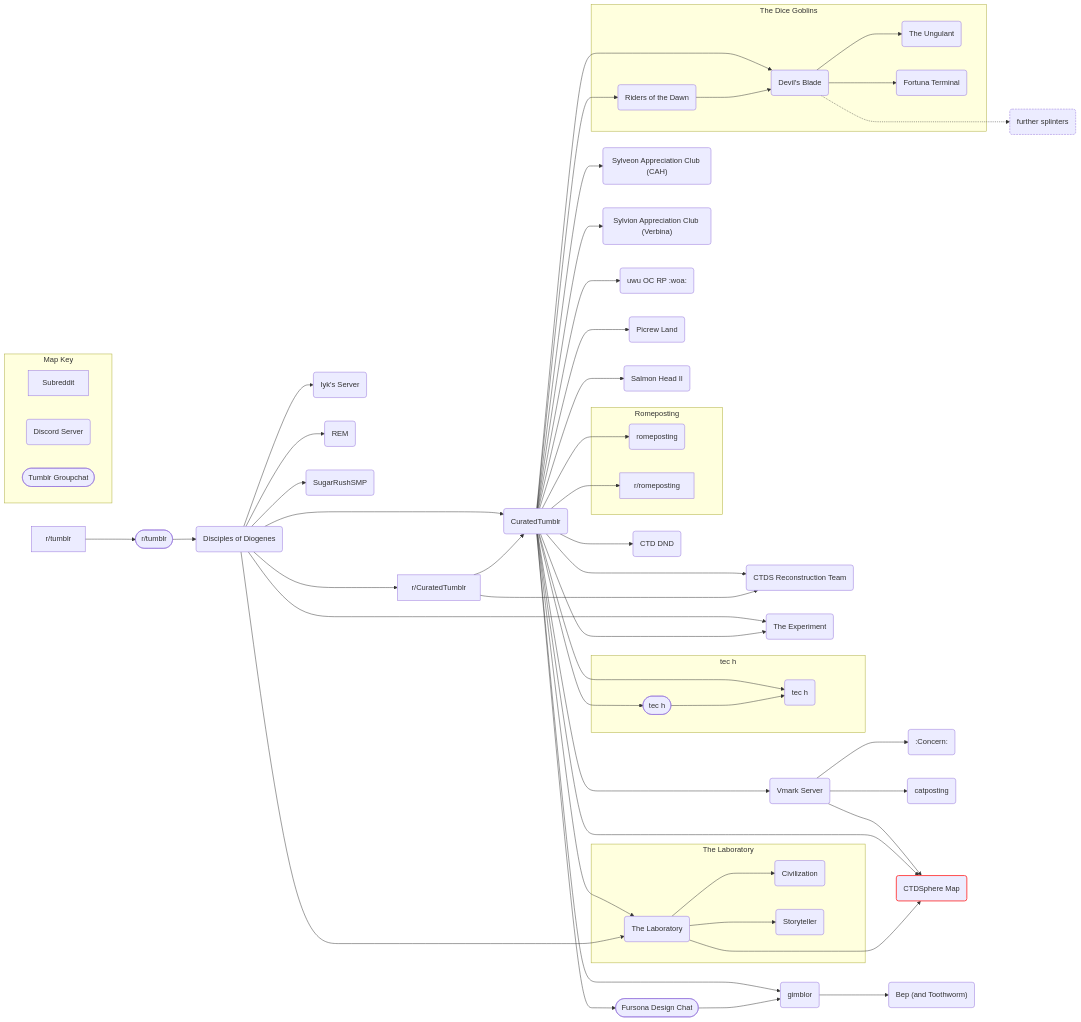
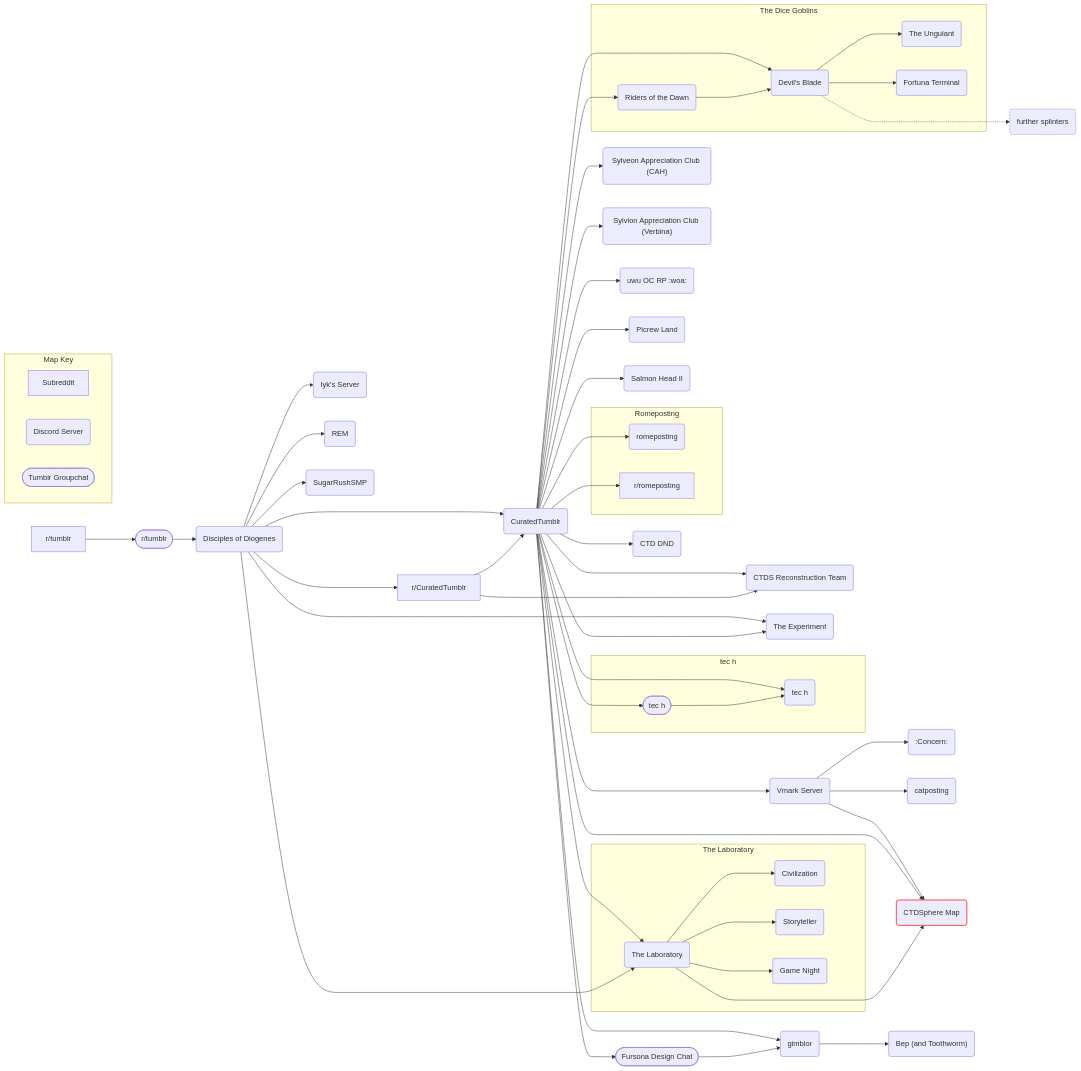
One commit to AnGenericAccount/CTDSphere-Map changed the diagram in Map.md. Above: the diagram before and after it, drawn with Mermaid.

````diff
--- a/Map.md
+++ b/Map.md
@@ -1,64 +1,65 @@
 ```mermaid
 flowchart LR
     tumblr[r/tumblr]-->groupchat([r/tumblr])
     groupchat-->DoD(Disciples of Diogenes)
     DoD--->subreddit[r/CuratedTumblr]
     DoD-->CTDS(CuratedTumblr)
     subreddit-->CTDS
     DoD-->Iyk(Iyk's Server)
     DoD-->REM(REM)
     DoD-->Sugar(SugarRushSMP)
     CTDS--->reconstruction(CTDS Reconstruction Team)
     subreddit-->reconstruction
     CTDS-->lab(The Laboratory)
     DoD-->lab
     subgraph Laboratory [The Laboratory]
         lab-->Civilization(Civilization)
         lab-->Storyteller(Storyteller)
+        lab-->Game(Game Night)
     end
     DoD-->Experiment(The Experiment)
     CTDS--->Experiment
     CTDS-->CAH("Sylveon Appreciation Club (CAH)")
     CTDS-->Verbina("Sylvion Appreciation Club (Verbina)")
     CTDS-->tech(tec h)
     CTDS-->techchat([tec h])
     subgraph tec[tec h]
         techchat-->tech
     end
     CTDS-->RP(uwu OC RP :woa:)
     CTDS-->picrew(Picrew Land)
     CTDS-->salmon(Salmon Head II)
     CTDS-->Vmark(Vmark Server)
     Vmark-->concern(:Concern:)
     Vmark-->catposting(catposting)
     Vmark-->sphere("CTDSphere Map")
     style sphere stroke:#f44,stroke-width:2px
     CTDS-->sphere
     lab--->sphere
     CTDS-->gimblor(gimblor)
     CTDS-->fursona([Fursona Design Chat])
     fursona-->gimblor
     gimblor-->bep("Bep (and Toothworm)")
     subgraph Romeposting
         rome(romeposting)
         romesub[r/romeposting]
     end
     CTDS-->rome
     CTDS-->romesub
     CTDS-->DND(CTD DND)
     CTDS-->dawn(Riders of the Dawn)
     CTDS-->blade(Devil's Blade)
     subgraph riders[The Dice Goblins]
         dawn-->blade
         blade-->ungulant(The Ungulant)
         blade-->terminal(Fortuna Terminal)   
     end
     blade-..->further(further splinters)
     style further stroke-dasharray:4 2
     subgraph Key [Map Key]
         direction LR
         sub[Subreddit]
         discord(Discord Server)
         chat([Tumblr Groupchat])
     end
 ```
````
